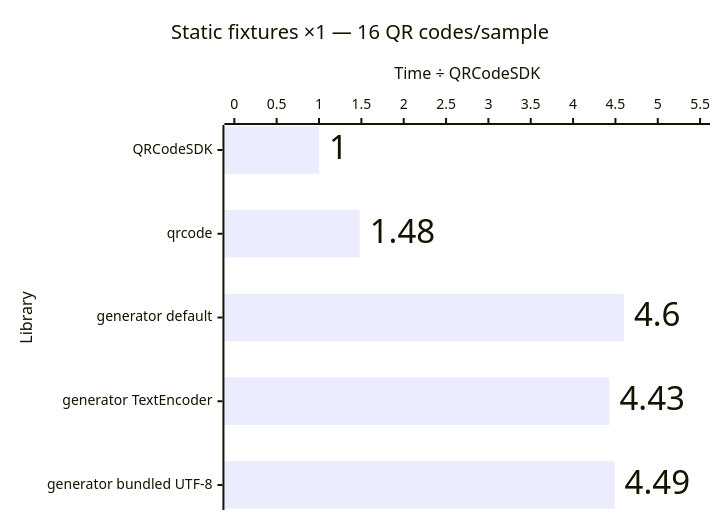
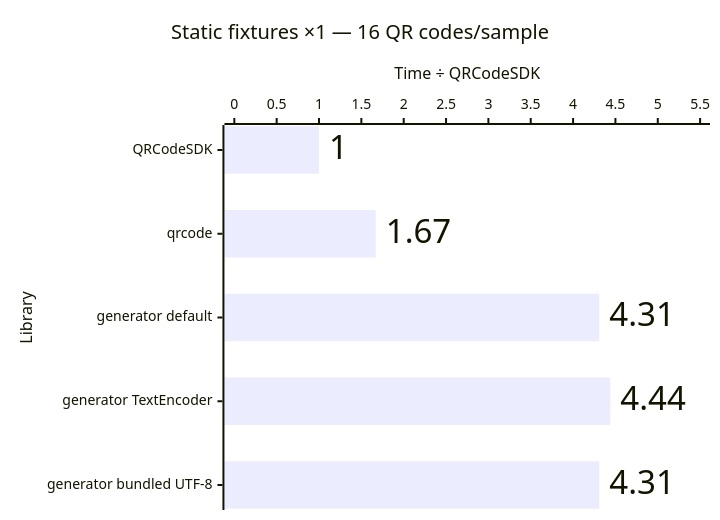
Before and after one commit to Dafnik/qrcodesdk: the first of 12 diagrams in apps/docs/src/content/docs/guides/performance.md, drawn with Mermaid. The commit also changed other lines of this file, not shown here.

````diff
--- a/apps/docs/src/content/docs/guides/performance.md
+++ b/apps/docs/src/content/docs/guides/performance.md
@@ -25,15 +25,15 @@
 ```mermaid
 ---
 config:
   xyChart:
     showDataLabel: true
     showDataLabelOutsideBar: true
 ---
 xychart horizontal
   accTitle: Matrix generation: Static fixtures ×1 — 16 QR codes/sample
-  accDescr: Relative median time compared with QRCodeSDK. QRCodeSDK 1.00 times, qrcode 1.48 times, generator default 4.60 times, generator TextEncoder 4.43 times, generator bundled UTF-8 4.49 times. Lower is better.
+  accDescr: Relative median time compared with QRCodeSDK. QRCodeSDK 1.00 times, qrcode 1.67 times, generator default 4.31 times, generator TextEncoder 4.44 times, generator bundled UTF-8 4.31 times. Lower is better.
   title "Static fixtures ×1 — 16 QR codes/sample"
   x-axis "Library" ["QRCodeSDK", "qrcode", "generator default", "generator TextEncoder", "generator bundled UTF-8"]
   y-axis "Time ÷ QRCodeSDK" 0 --> 5.5
-  bar [1.00, 1.48, 4.60, 4.43, 4.49]
+  bar [1.00, 1.67, 4.31, 4.44, 4.31]
 ```
````
